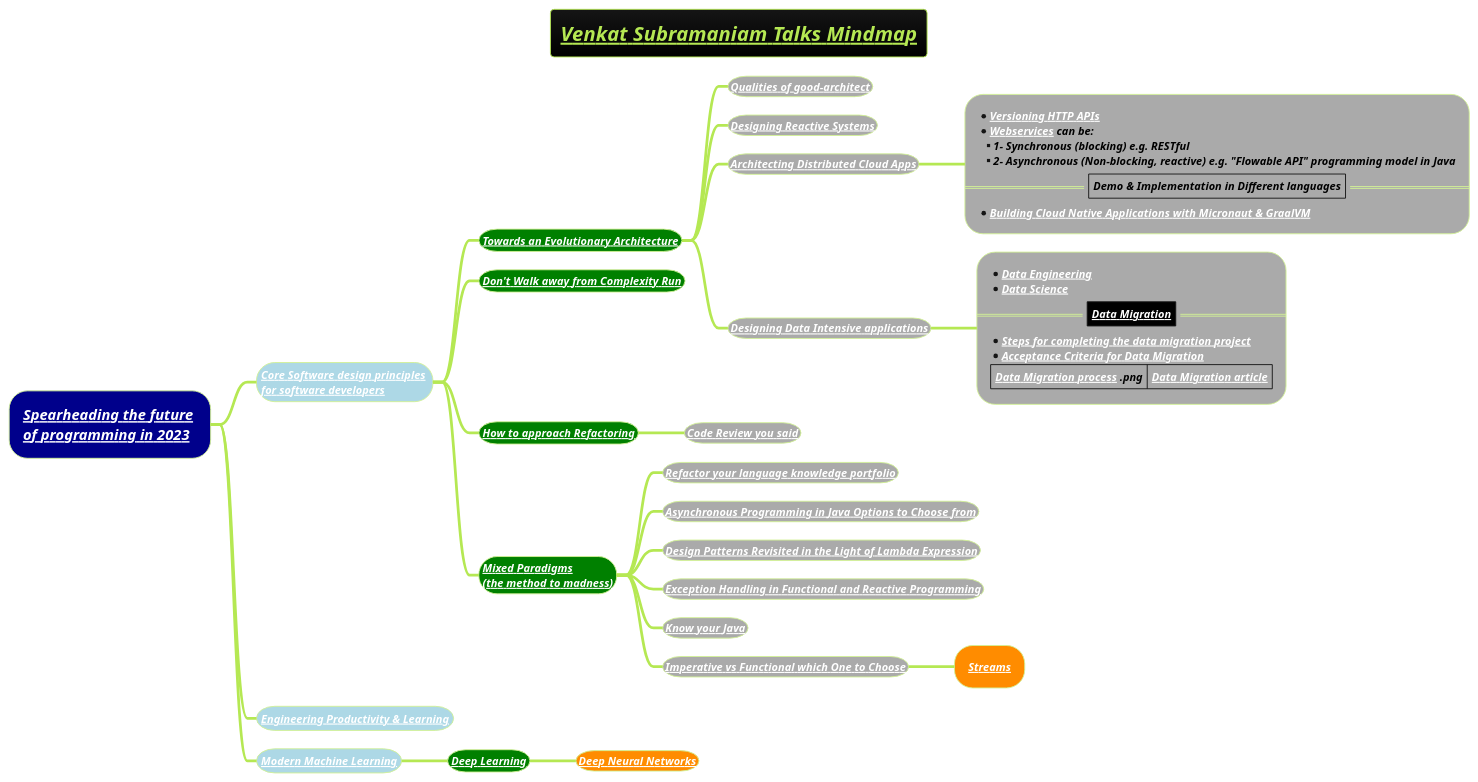
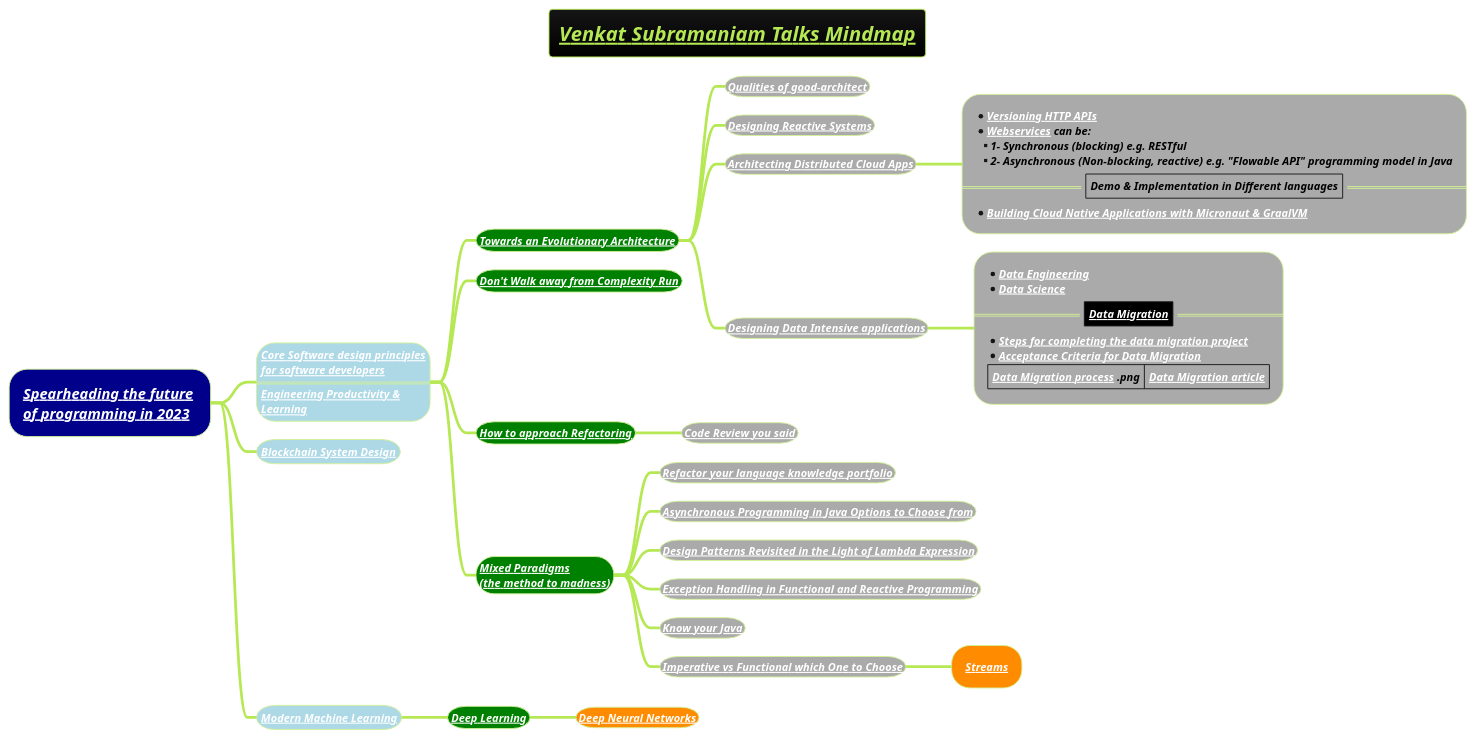
The diagram in docs/3-programming-languages/Venkat-Subramaniam/venkat-talks-mindmap.puml (MehmoodHashmi/Documentation-as-Code-DaC), drawn with PlantUML before and after one commit. The commit also changed 2 other files, not shown here.

```diff
--- a/docs/3-programming-languages/Venkat-Subramaniam/venkat-talks-mindmap.puml
+++ b/docs/3-programming-languages/Venkat-Subramaniam/venkat-talks-mindmap.puml
@@ -1,41 +1,48 @@
 @startmindmap
 title =<i><b><u><size:18>Venkat Subramaniam Talks Mindmap
 !theme hacker
 
 *[#darkblue] <i><color #black>[[docs/3-programming-languages/Venkat-Subramaniam/Spearheading-the-future-of-programming-2023.puml Spearheading the future]] \n<i><color #black>[[docs/3-programming-languages/Venkat-Subramaniam/Spearheading-the-future-of-programming-2023.puml of programming in 2023]]
-**[#lightblue] <color:white><i><size:12>[[docs/3-programming-languages/Venkat-Subramaniam/Core-Software-design-principles-for-software-developers.puml Core Software design principles]] \n<color:white><i><size:12>[[docs/3-programming-languages/Venkat-Subramaniam/Core-Software-design-principles-for-software-developers.puml for software developers ]]
+**[#lightblue]:<color:white><i><size:12>[[docs/3-programming-languages/Venkat-Subramaniam/Core-Software-design-principles-for-software-developers.puml Core Software design principles]]
+<color:white><i><size:12>[[docs/3-programming-languages/Venkat-Subramaniam/Core-Software-design-principles-for-software-developers.puml for software developers]]
+====
+<b><i><color #black><size:12>[[docs/3-programming-languages/Venkat-Subramaniam/Engineering-Productivity-and-Learning.puml Engineering Productivity &]]
+<b><i><color #black><size:12>[[docs/3-programming-languages/Venkat-Subramaniam/Engineering-Productivity-and-Learning.puml Learning]];
+
 ***[#green] <b><i><color #black><size:12>[[docs/3-programming-languages/Venkat-Subramaniam/Towards-an-Evolutionary-Architecture.puml Towards an Evolutionary Architecture]]
 ****[#a] <b><i><color #black><size:12>[[docs/3-programming-languages/Venkat-Subramaniam/Qualities-of-good-architect.puml Qualities of good-architect]]
 ****[#a] <b><i><color #black><size:12>[[docs/3-programming-languages/Venkat-Subramaniam/Designing-Reactive-Systems.puml Designing Reactive Systems]]
 ****[#a] <b><i><color #black><size:12>[[docs/3-programming-languages/Venkat-Subramaniam/Architecting-Distributed-Cloud-Apps.puml Architecting Distributed Cloud Apps]]
 *****[#a]:*<b><i><color #black><size:12>[[docs/3-programming-languages/Venkat-Subramaniam/Architecting-Distributed-Cloud-Apps.puml Versioning HTTP APIs]]
 *<b><i><color #black><size:12>[[docs/3-programming-languages/Venkat-Subramaniam/webservice.puml Webservices]] can be:
 **<b><i><color #black><size:12>1- Synchronous (blocking) e.g. RESTful
 **<b><i><color #black><size:12>2- Asynchronous (Non-blocking, reactive) e.g. "Flowable API" programming model in Java
 ==|<b><i><color #black><size:12>Demo & Implementation in Different languages|==
 *<b><i><color #black><size:12>[[docs/3-programming-languages/Venkat-Subramaniam/Building-Cloud-Native-Applications-with-Micronaut-and-GraalVM.puml Building Cloud Native Applications with Micronaut & GraalVM]];
 ****[#a] <b><i><color #black><size:12>[[docs/books/1-books-backlog/DBMS/Designing-Data-Intensive-Applications.puml Designing Data Intensive applications]]
 *****[#a]:*<b><i><color #black><size:12>[[docs/AI-ML-DL-Data-Science-and-BigData/data-science/data-engineering/Data-Engineering.puml Data Engineering]]
 *<b><i><color #black><size:12>[[docs/AI-ML-DL-Data-Science-and-BigData/data-science/Data-Science.puml Data Science]]
 ==|<#black><b><i><color #black><size:12>[[docs/AI-ML-DL-Data-Science-and-BigData/data-science/data-or-database-migration/Data-Migration.puml Data Migration]]|==
 *<b><i><color #black><size:12>[[docs/AI-ML-DL-Data-Science-and-BigData/data-science/data-or-database-migration/steps-for-completing-the-data-migration-project.puml Steps for completing the data migration project]]
 *<b><i><color #black><size:12>[[docs/AI-ML-DL-Data-Science-and-BigData/data-science/data-or-database-migration/Acceptance-Criteria-for-Data-Migration.puml Acceptance Criteria for Data Migration]]
 |<b><i><color #black><size:12>[[docs/AI-ML-DL-Data-Science-and-BigData/data-science/data-or-database-migration/images/img_1.png Data Migration process]] .png|<b><i><color #black><size:12>[[https://corporatefinanceinstitute.com/resources/data-science/data-migration/ Data Migration article]]|;
 
 ***[#green] <b><i><color #black><size:12>[[docs/3-programming-languages/Venkat-Subramaniam/Do-not-Walk-Away-From-Complexity-Run.puml Don't Walk away from Complexity Run]]
 ***[#green] <b><i><color #black><size:12>[[docs/3-programming-languages/Venkat-Subramaniam/how-to-approach-refactoring.puml How to approach Refactoring]]
 ****[#a] <b><i><color #black><size:12>[[docs/3-programming-languages/Venkat-Subramaniam/Code-Review-you-said.puml Code Review you said]]
 ***[#green] <b><i><color #black><size:12>[[docs/3-programming-languages/Venkat-Subramaniam/mixed-paradigms-(the-method-to-madness).puml Mixed Paradigms]] \n<b><i><color #black><size:12>[[docs/3-programming-languages/Venkat-Subramaniam/mixed-paradigms-(the-method-to-madness).puml (the method to madness)]]
 ****[#a] <b><i><color #black><size:12>[[docs/3-programming-languages/Venkat-Subramaniam/Refactor-your-language-knowledge-portfolio-(we-are-what-we-can-code-in).puml Refactor your language knowledge portfolio]]
 ****[#a] <b><i><color #black><size:12>[[docs/3-programming-languages/Venkat-Subramaniam/Asynchronous-Programming-in-Java-Options-to-Choose-from.puml Asynchronous Programming in Java Options to Choose from]]
 ****[#a] <b><i><color #black><size:12>[[docs/3-programming-languages/Venkat-Subramaniam/Design-Patterns-revisited-in-the-Light-of-Lambda-Expression.puml Design Patterns Revisited in the Light of Lambda Expression]]
 ****[#a] <b><i><color #black><size:12>[[docs/3-programming-languages/Venkat-Subramaniam/Exception-Handling-in-Functional-and-Reactive-Programming.puml Exception Handling in Functional and Reactive Programming]]
 ****[#a] <b><i><color #black><size:12>[[docs/3-programming-languages/Venkat-Subramaniam/Know-your-java-venkat.puml Know your Java]]
 ****[#a] <b><i><color #black><size:12>[[docs/3-programming-languages/Venkat-Subramaniam/Imperative-vs-Functional-Which-one-to-Choose.puml Imperative vs Functional which One to Choose]]
 *****[#darkorange] <b><i><color #black><size:12>[[docs/3-programming-languages/Venkat-Subramaniam/Streams.puml Streams]]
-**[#lightblue] <b><i><color #black><size:12>[[docs/3-programming-languages/Venkat-Subramaniam/Engineering-Productivity-and-Learning.puml Engineering Productivity & Learning]]
+
+**[#lightblue] <color:white><i><size:12>[[docs/blockchain/Blockchain-System-Design.puml Blockchain System Design]]
+
 **[#lightblue] <b><i><color #black><size:12>[[docs/AI-ML-DL-Data-Science-and-BigData/machine-learning-ML/Modern-Machine-Learning.puml Modern Machine Learning]]
 ***[#green] <b><i><color #black><size:12>[[docs/AI-ML-DL-Data-Science-and-BigData/machine-learning-ML/3-deep-learning-DL/Deep-Learning.puml Deep Learning]]
 ****[#darkorange] <b><i><color #black><size:12>[[docs/AI-ML-DL-Data-Science-and-BigData/machine-learning-ML/3-deep-learning-DL/Neural-Network-Architecture.puml Deep Neural Networks]]
 
 @endmindmap
```
